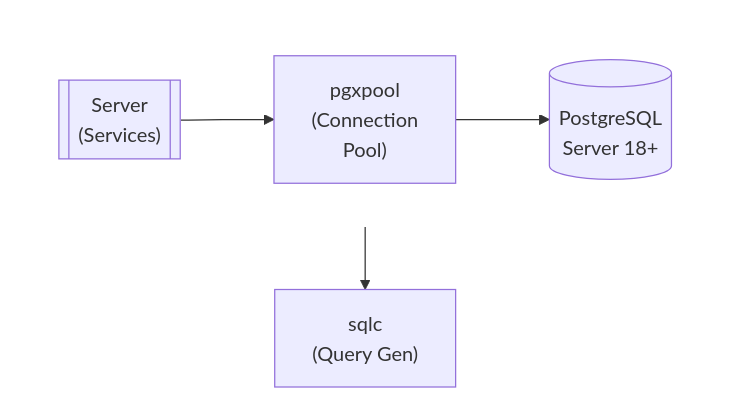
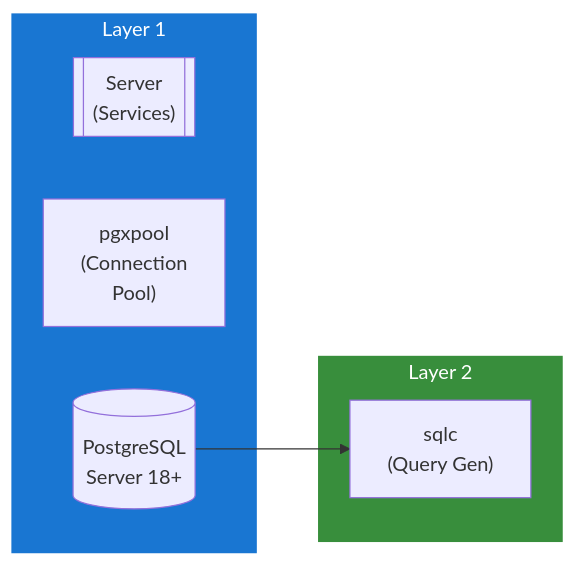
Before and after one commit to lusoris/revenge: the diagram in docs/dev/design/integrations/infrastructure/POSTGRESQL.md, drawn with Mermaid. The commit also changed 215 other files, not shown here.

First line of the commit message:
feat(diagrams): convert all ASCII diagrams to Mermaid with LR subgraphs

````diff
--- a/docs/dev/design/integrations/infrastructure/POSTGRESQL.md
+++ b/docs/dev/design/integrations/infrastructure/POSTGRESQL.md
@@ -58,16 +58,19 @@
 ```mermaid
-flowchart TD
-    subgraph row1[ ]
-        direction LR
+flowchart LR
+    subgraph Layer1["Layer 1"]
         node1[["Server<br/>(Services)"]]
         node2["pgxpool<br/>(Connection<br/>Pool)"]
         node3[("PostgreSQL<br/>Server 18+")]
     end
-    node4["sqlc<br/>(Query Gen)"]
-    node1 --> node2
-    node2 --> node3
+
+    subgraph Layer2["Layer 2"]
+        node4["sqlc<br/>(Query Gen)"]
+    end
+
+    %% Connections
     node3 --> node4
 
-    %% Hide row subgraph borders
-    style row1 fill:transparent,stroke:transparent
+    %% Styling
+    style Layer1 fill:#1976D2,stroke:#1976D2,color:#fff
+    style Layer2 fill:#388E3C,stroke:#388E3C,color:#fff
 ```
````
